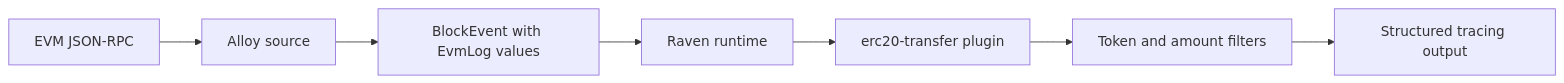
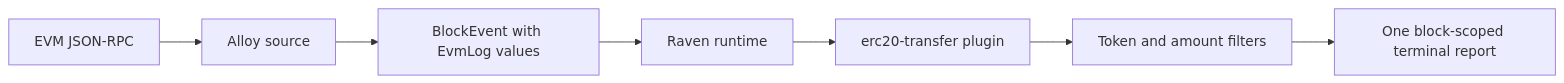
Before and after one commit to abhi3700/raven: the diagram in docs/plugins/erc20-transfer.mdx, drawn with Mermaid. The commit also changed other lines of this file and 16 other files, not shown here.

````diff
--- a/docs/plugins/erc20-transfer.mdx
+++ b/docs/plugins/erc20-transfer.mdx
@@ -28,9 +28,9 @@
 ```mermaid
 flowchart LR
     rpc[EVM JSON-RPC] --> source[Alloy source]
     source --> block[BlockEvent with EvmLog values]
     block --> runtime[Raven runtime]
     runtime --> plugin[erc20-transfer plugin]
     plugin --> filter[Token and amount filters]
-    filter --> output[Structured tracing output]
+    filter --> report[One block-scoped terminal report]
 ```
````
